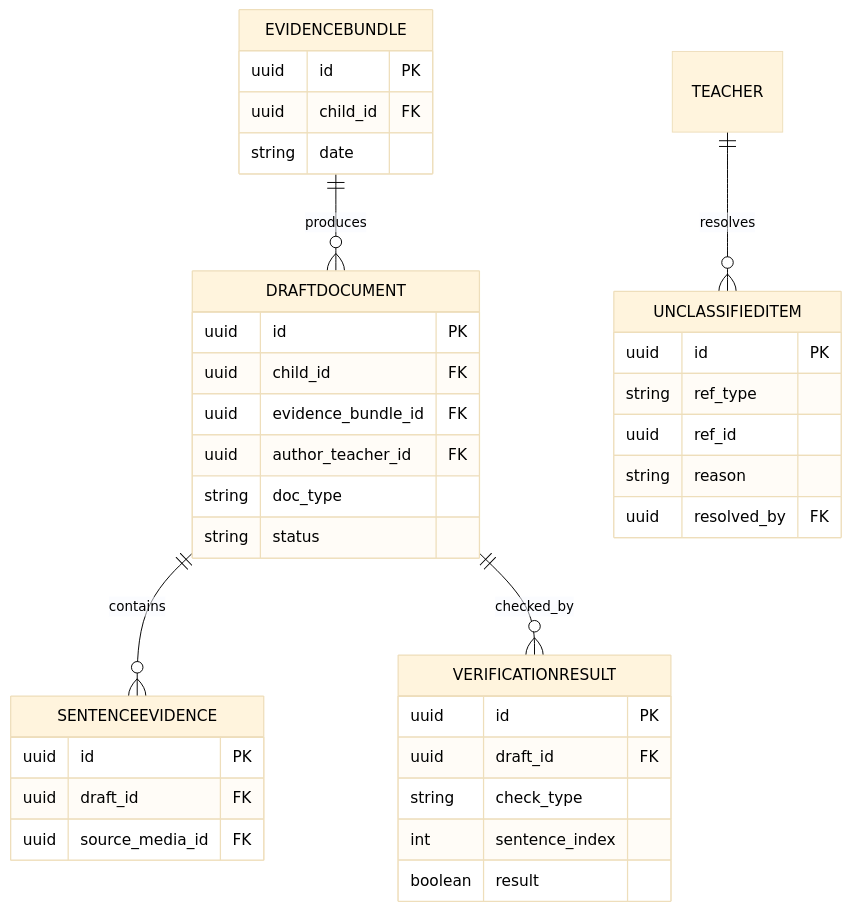
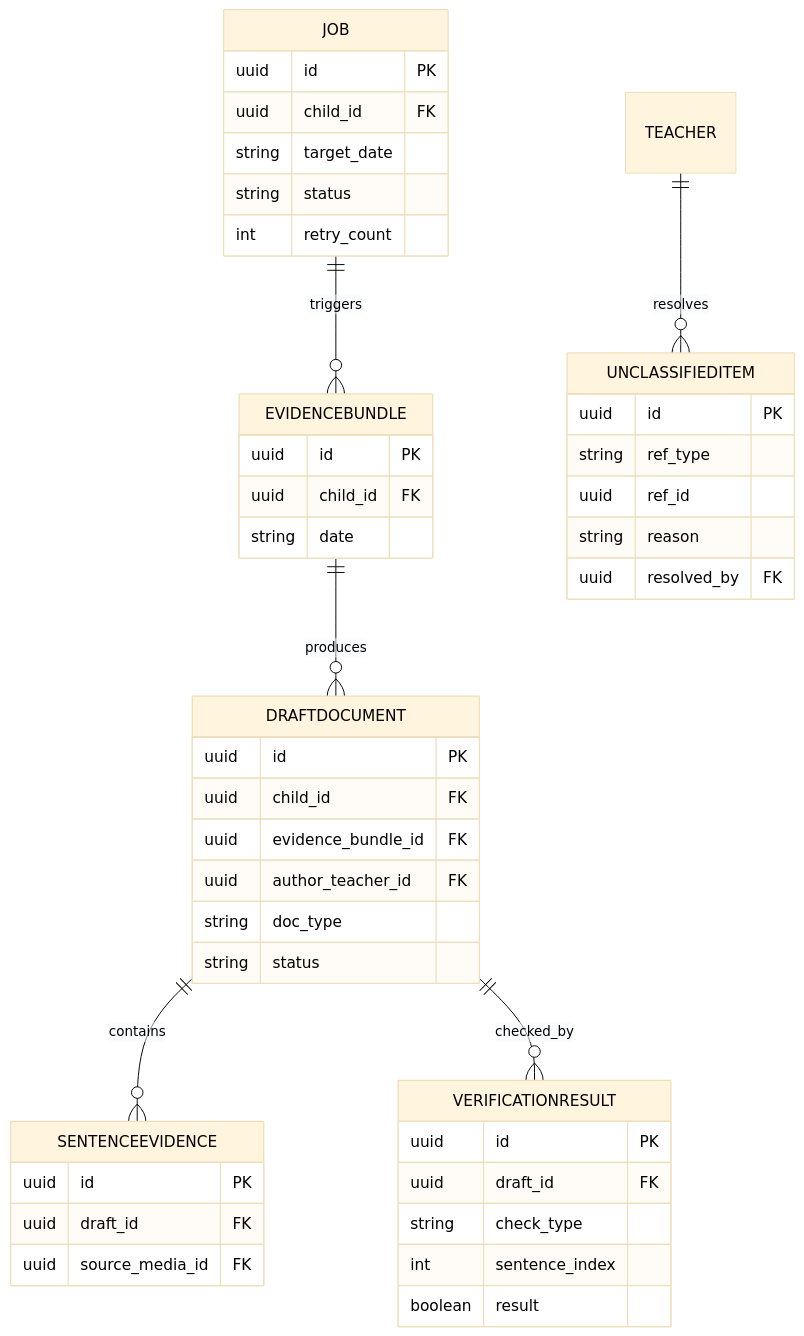
The fourth of 8 diagrams in docs/테크스펙.md (kakaotechcampus-4/ktc4-chungnam-4), drawn with Mermaid before and after one commit. The commit also changed other lines of this file, not shown here.

Commit message:
docs: add Job model to tech spec
PR #12 리뷰(EatRawLife) — orchestrate_drafts 재시도 추적용 Job 모델이 코드에는 있는데 테크스펙에 없어서 데이터 모델 섹션(④)에 반영.

````diff
--- a/docs/테크스펙.md
+++ b/docs/테크스펙.md
@@ -560,40 +561,48 @@
 ```mermaid
 %%{init: {'theme':'base', 'themeVariables': {'primaryTextColor':'#000000','textColor':'#000000','lineColor':'#000000'}}}%%
 erDiagram
+  JOB {
+    uuid id PK
+    uuid child_id FK
+    string target_date
+    string status
+    int retry_count
+  }
   EVIDENCEBUNDLE {
     uuid id PK
     uuid child_id FK
     string date
   }
   DRAFTDOCUMENT {
     uuid id PK
     uuid child_id FK
     uuid evidence_bundle_id FK
     uuid author_teacher_id FK
     string doc_type
     string status
   }
   SENTENCEEVIDENCE {
     uuid id PK
     uuid draft_id FK
     uuid source_media_id FK
   }
   VERIFICATIONRESULT {
     uuid id PK
     uuid draft_id FK
     string check_type
     int sentence_index
     boolean result
   }
   UNCLASSIFIEDITEM {
     uuid id PK
     string ref_type
     uuid ref_id
     string reason
     uuid resolved_by FK
   }
+  JOB ||--o{ EVIDENCEBUNDLE : triggers
   EVIDENCEBUNDLE ||--o{ DRAFTDOCUMENT : produces
   DRAFTDOCUMENT ||--o{ SENTENCEEVIDENCE : contains
   DRAFTDOCUMENT ||--o{ VERIFICATIONRESULT : checked_by
   TEACHER ||--o{ UNCLASSIFIEDITEM : resolves
 ```
````
